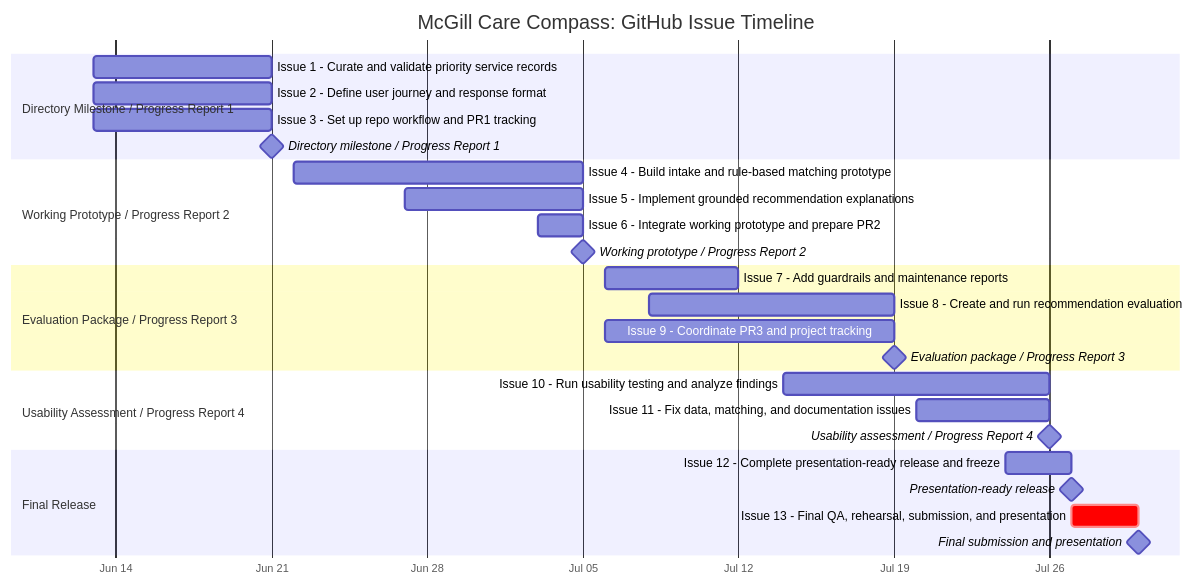
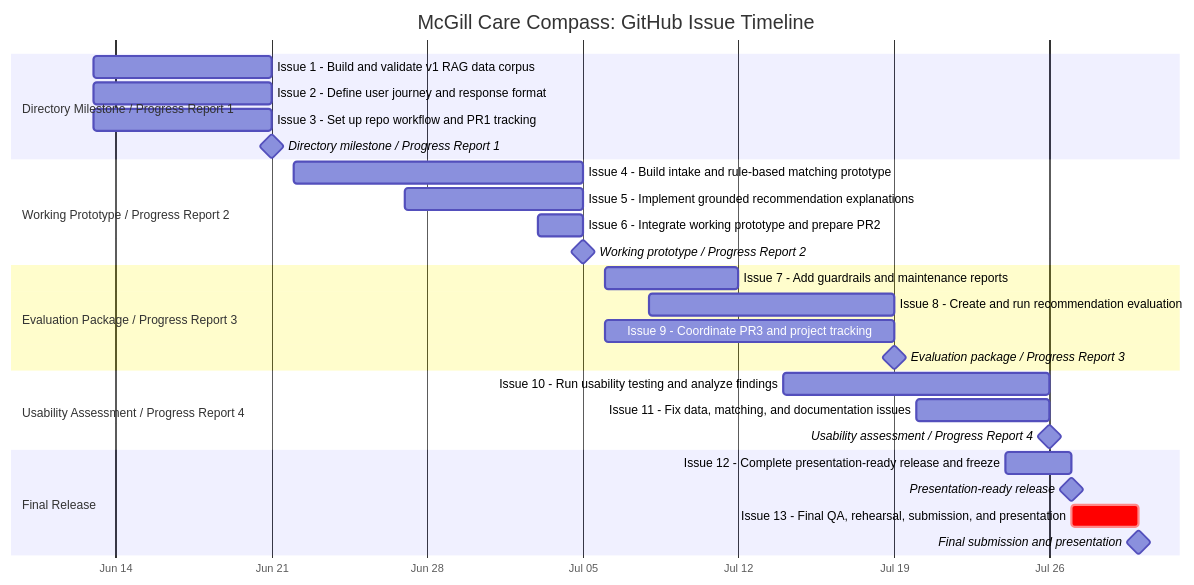
The diagram in docs/project/GitHub-Issue-Based-Task-Breakdown.md (AbdelazizAhmed314/McGill-Care-Compass), drawn with Mermaid before and after one commit. The commit also changed other lines of this file and 86 other files, not shown here.

Commit message:
Build v1 RAG data pipeline

````diff
--- a/docs/project/GitHub-Issue-Based-Task-Breakdown.md
+++ b/docs/project/GitHub-Issue-Based-Task-Breakdown.md
@@ -22,35 +22,35 @@
 ```mermaid
 gantt
     title McGill Care Compass: GitHub Issue Timeline
     dateFormat  YYYY-MM-DD
     axisFormat  %b %d
 
     section Directory Milestone / Progress Report 1
-    Issue 1 - Curate and validate priority service records       :i1, 2026-06-13, 2026-06-21
+    Issue 1 - Build and validate v1 RAG data corpus              :i1, 2026-06-13, 2026-06-21
     Issue 2 - Define user journey and response format            :i2, 2026-06-13, 2026-06-21
     Issue 3 - Set up repo workflow and PR1 tracking              :i3, 2026-06-13, 2026-06-21
     Directory milestone / Progress Report 1                      :milestone, m1, 2026-06-21, 0d
 
     section Working Prototype / Progress Report 2
     Issue 4 - Build intake and rule-based matching prototype     :i4, 2026-06-22, 2026-07-05
     Issue 5 - Implement grounded recommendation explanations     :i5, 2026-06-27, 2026-07-05
     Issue 6 - Integrate working prototype and prepare PR2        :i6, 2026-07-03, 2026-07-05
     Working prototype / Progress Report 2                        :milestone, m2, 2026-07-05, 0d
 
     section Evaluation Package / Progress Report 3
     Issue 7 - Add guardrails and maintenance reports             :i7, 2026-07-06, 2026-07-12
     Issue 8 - Create and run recommendation evaluation           :i8, 2026-07-08, 2026-07-19
     Issue 9 - Coordinate PR3 and project tracking                :i9, 2026-07-06, 2026-07-19
     Evaluation package / Progress Report 3                       :milestone, m3, 2026-07-19, 0d
 
     section Usability Assessment / Progress Report 4
     Issue 10 - Run usability testing and analyze findings        :i10, 2026-07-14, 2026-07-26
     Issue 11 - Fix data, matching, and documentation issues      :i11, 2026-07-20, 2026-07-26
     Usability assessment / Progress Report 4                     :milestone, m4, 2026-07-26, 0d
 
     section Final Release
     Issue 12 - Complete presentation-ready release and freeze    :i12, 2026-07-24, 2026-07-27
     Presentation-ready release                                   :milestone, m5, 2026-07-27, 0d
     Issue 13 - Final QA, rehearsal, submission, and presentation :crit, i13, 2026-07-27, 2026-07-30
     Final submission and presentation                            :milestone, m6, 2026-07-30, 0d
 ```
````
